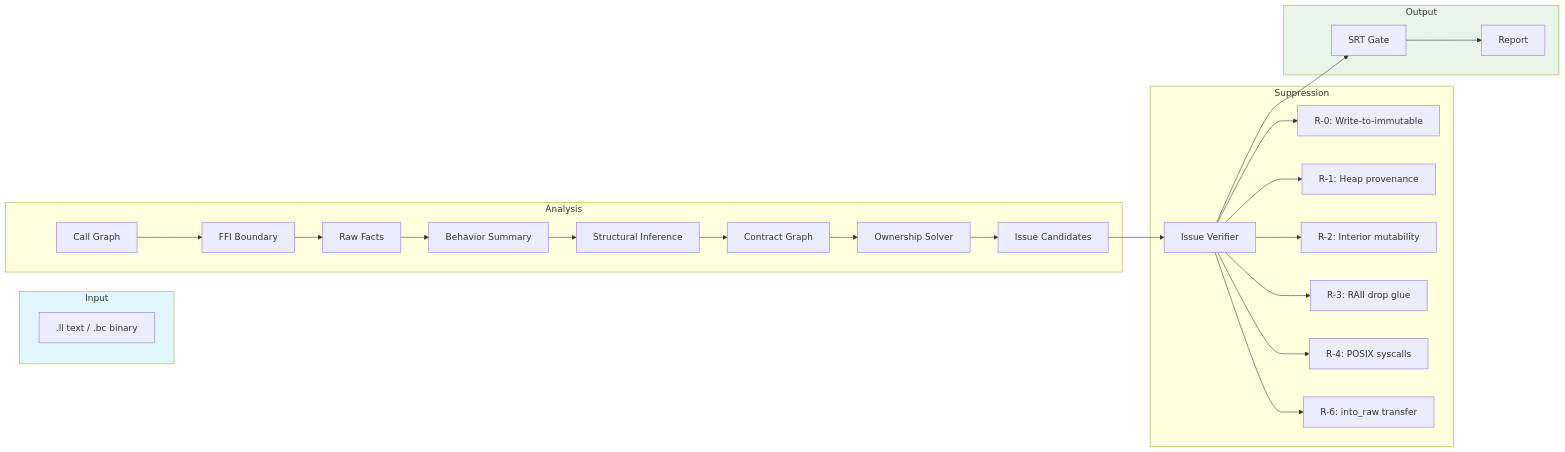
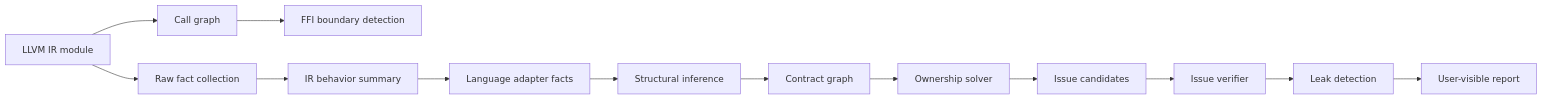
Before and after one commit to Timwood0x10/OmniScope-rs: the second of 2 diagrams in README.md, drawn with Mermaid. The commit also changed other lines of this file and 26 other files, not shown here.

````diff
--- a/README.md
+++ b/README.md
@@ -38,34 +125,15 @@
 ```mermaid
 flowchart LR
-    subgraph Input
-        IR[".ll text / .bc binary"]
-    end
-
-    subgraph Analysis
-        CG["Call Graph"] --> FFI["FFI Boundary"]
-        FFI --> RF["Raw Facts"]
-        RF --> BS["Behavior Summary"]
-        BS --> SI["Structural Inference"]
-        SI --> CG2["Contract Graph"]
-        CG2 --> OS["Ownership Solver"]
-        OS --> IC["Issue Candidates"]
-    end
-
-    subgraph Suppression
-        IC --> IV["Issue Verifier"]
-        IV --> R0["R-0: Write-to-immutable"]
-        IV --> R1["R-1: Heap provenance"]
-        IV --> R2["R-2: Interior mutability"]
-        IV --> R3["R-3: RAII drop glue"]
-        IV --> R4["R-4: POSIX syscalls"]
-        IV --> R6["R-6: into_raw transfer"]
-    end
-
-    subgraph Output
-        IV --> SRT["SRT Gate"]
-        SRT --> RPT["Report"]
-    end
-
-    style Input fill:#e1f5fe
-    style Output fill:#e8f5e9
+    IR["LLVM IR module"] --> CG["Call graph"]
+    CG --> Boundary["FFI boundary detection"]
+    IR --> Facts["Raw fact collection"]
+    Facts --> Summary["IR behavior summary"]
+    Summary --> LangFacts["Language adapter facts"]
+    LangFacts --> Struct["Structural inference"]
+    Struct --> Contract["Contract graph"]
+    Contract --> Solver["Ownership solver"]
+    Solver --> Candidates["Issue candidates"]
+    Candidates --> Verify["Issue verifier"]
+    Verify --> Leaks["Leak detection"]
+    Leaks --> Output["User-visible report"]
 ```
````
